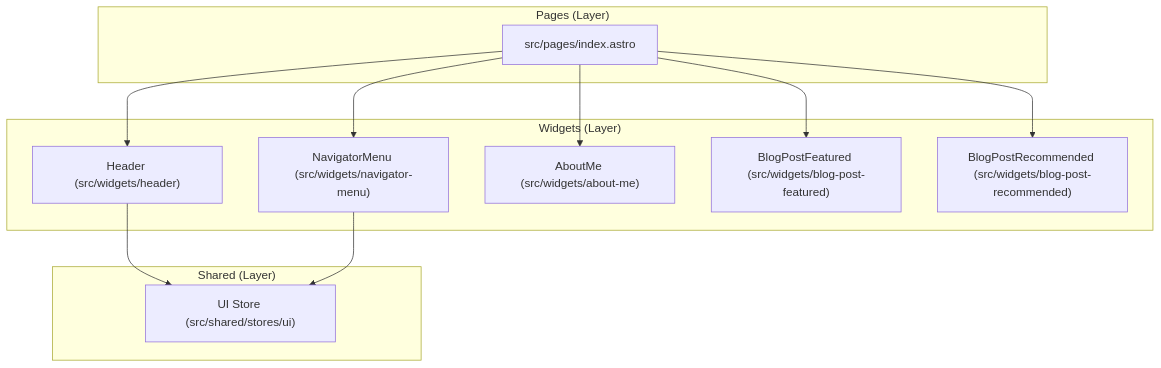
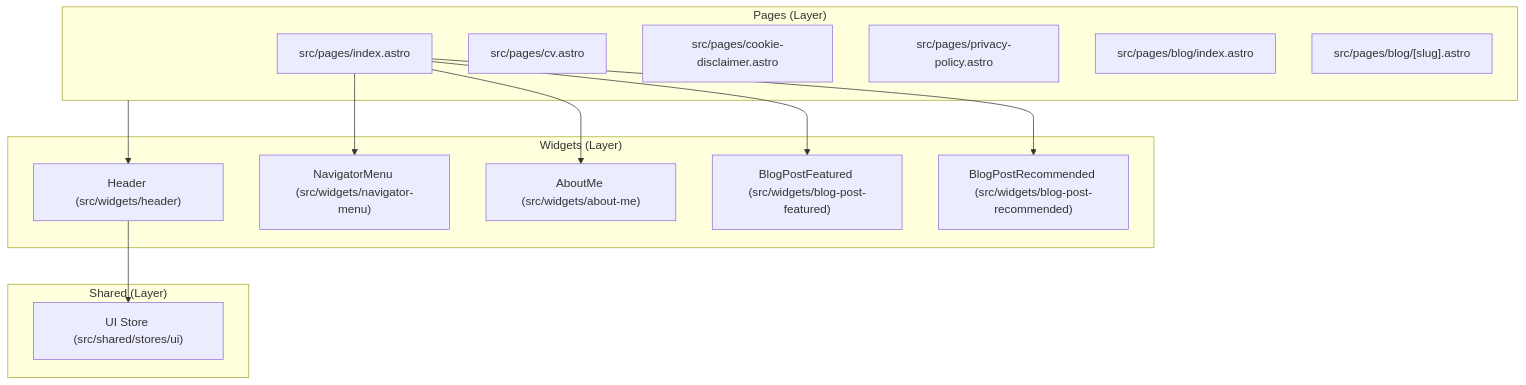
One commit to Alexits93/ai-architecture-portfolio changed the diagram in docs/ARCHITECTURE.md. Above: the diagram before and after it, drawn with Mermaid. The commit also changed other lines of this file and 8 other files, not shown here.

````diff
--- a/docs/ARCHITECTURE.md
+++ b/docs/ARCHITECTURE.md
@@ -7,29 +7,33 @@
 ```mermaid
 flowchart TD
     %% Layers
     subgraph Pages ["Pages (Layer)"]
         Index["src/pages/index.astro"]
+        CV["src/pages/cv.astro"]
+        CookieDisclaimer["src/pages/cookie-disclaimer.astro"]
+        PrivacyPolicy["src/pages/privacy-policy.astro"]
+        BlogIndex["src/pages/blog/index.astro"]
+        BlogPost["src/pages/blog/[slug].astro"]
     end
     
     subgraph Widgets ["Widgets (Layer)"]
         Header["Header (src/widgets/header)"]
         NavigatorMenu["NavigatorMenu (src/widgets/navigator-menu)"]
         AboutMe["AboutMe (src/widgets/about-me)"]
         BlogPostFeatured["BlogPostFeatured (src/widgets/blog-post-featured)"]
         BlogPostRecommended["BlogPostRecommended (src/widgets/blog-post-recommended)"]
     end
     
     subgraph Shared ["Shared (Layer)"]
         UIStore["UI Store (src/shared/stores/ui)"]
     end
     
     %% Relationships
-    Index --> Header
+    Pages --> Header
     Index --> NavigatorMenu
     Index --> AboutMe
     Index --> BlogPostFeatured
     Index --> BlogPostRecommended
     
     Header --> UIStore
-    NavigatorMenu --> UIStore
 ```
````
